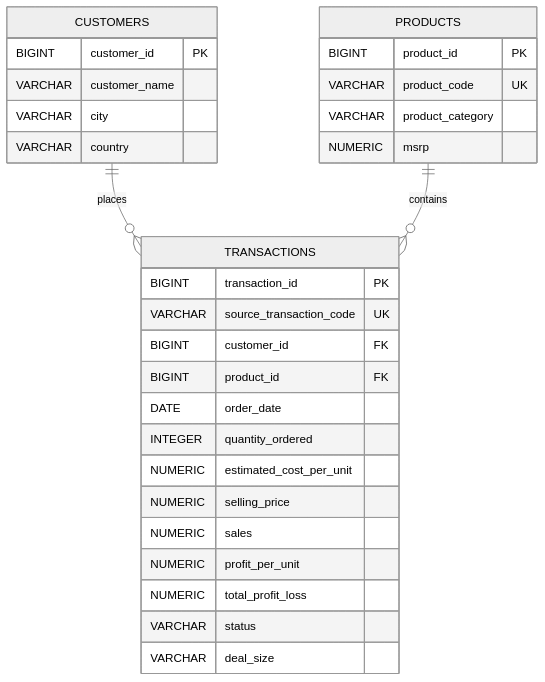
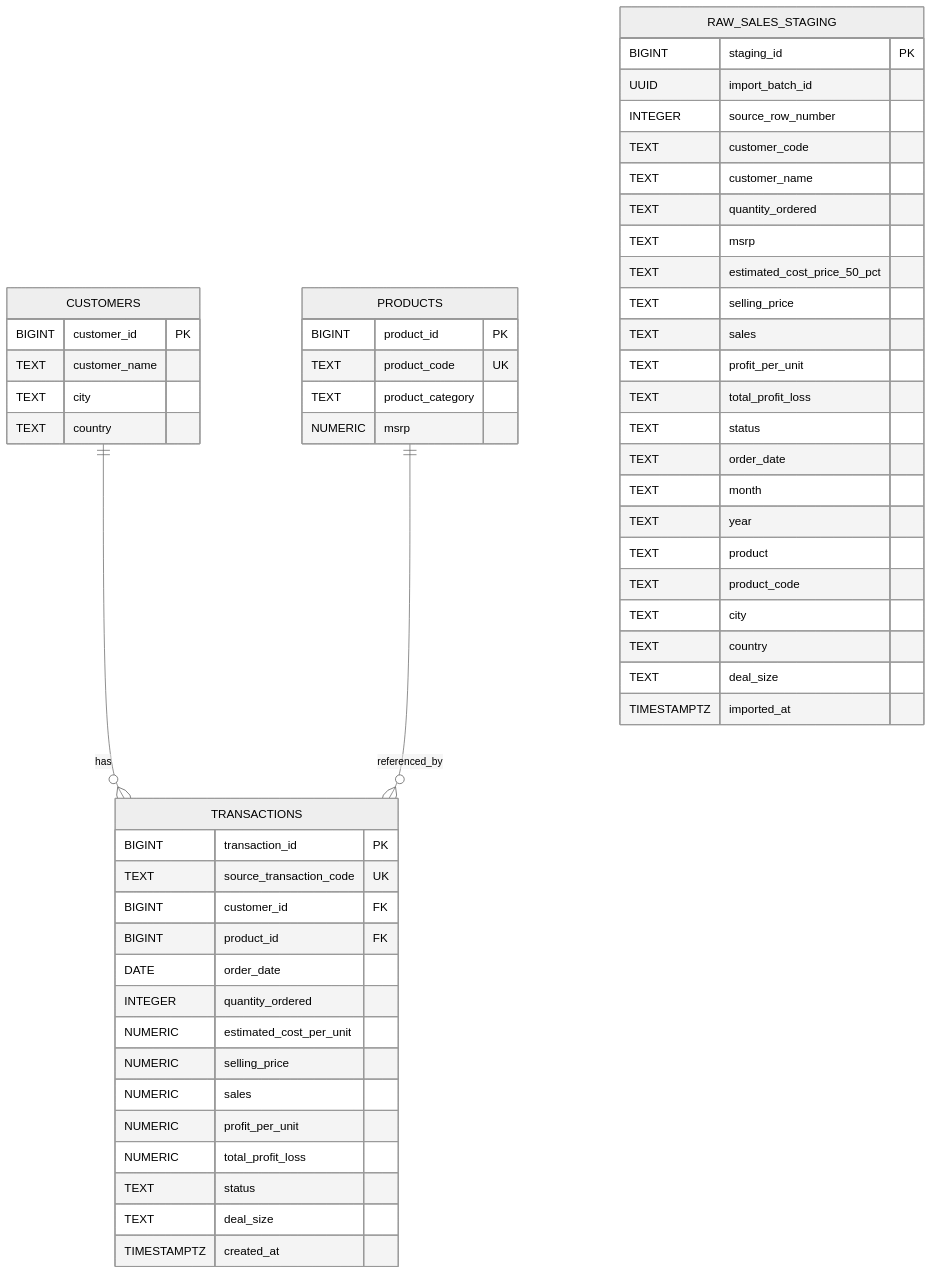
The diagram in docs/erd.md (ariskafebrilianti/Sales-Data-Management-Analytics), drawn with Mermaid (neutral theme) before and after one commit. The commit also changed other lines of this file and 5 other files, not shown here.

````diff
--- a/docs/erd.md
+++ b/docs/erd.md
@@ -20,35 +29,62 @@
 ```mermaid
 erDiagram
-    CUSTOMERS ||--o{ TRANSACTIONS : places
-    PRODUCTS ||--o{ TRANSACTIONS : contains
+
+    CUSTOMERS ||--o{ TRANSACTIONS : has
+    PRODUCTS ||--o{ TRANSACTIONS : referenced_by
+
+    RAW_SALES_STAGING {
+        BIGINT staging_id PK
+        UUID import_batch_id
+        INTEGER source_row_number
+        TEXT customer_code
+        TEXT customer_name
+        TEXT quantity_ordered
+        TEXT msrp
+        TEXT estimated_cost_price_50_pct
+        TEXT selling_price
+        TEXT sales
+        TEXT profit_per_unit
+        TEXT total_profit_loss
+        TEXT status
+        TEXT order_date
+        TEXT month
+        TEXT year
+        TEXT product
+        TEXT product_code
+        TEXT city
+        TEXT country
+        TEXT deal_size
+        TIMESTAMPTZ imported_at
+    }
 
     CUSTOMERS {
         BIGINT customer_id PK
-        VARCHAR customer_name
-        VARCHAR city
-        VARCHAR country
+        TEXT customer_name
+        TEXT city
+        TEXT country
     }
 
     PRODUCTS {
         BIGINT product_id PK
-        VARCHAR product_code UK
-        VARCHAR product_category
+        TEXT product_code UK
+        TEXT product_category
         NUMERIC msrp
     }
 
     TRANSACTIONS {
         BIGINT transaction_id PK
-        VARCHAR source_transaction_code UK
+        TEXT source_transaction_code UK
         BIGINT customer_id FK
         BIGINT product_id FK
         DATE order_date
         INTEGER quantity_ordered
         NUMERIC estimated_cost_per_unit
         NUMERIC selling_price
         NUMERIC sales
         NUMERIC profit_per_unit
         NUMERIC total_profit_loss
-        VARCHAR status
-        VARCHAR deal_size
+        TEXT status
+        TEXT deal_size
+        TIMESTAMPTZ created_at
     }
 ```
````
